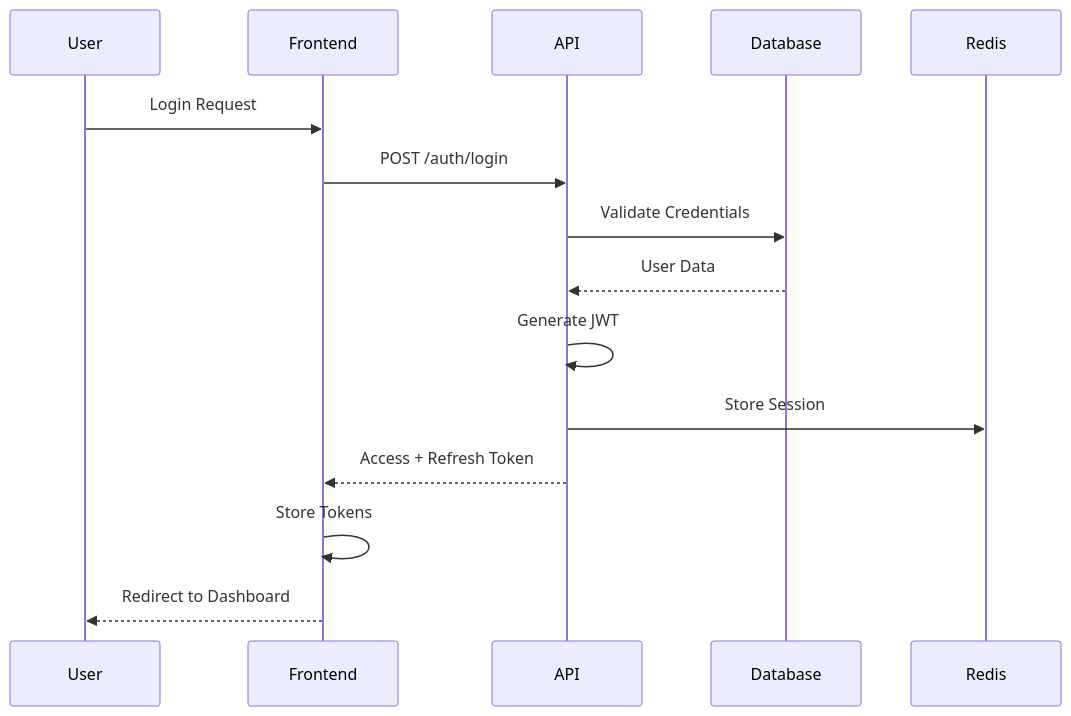
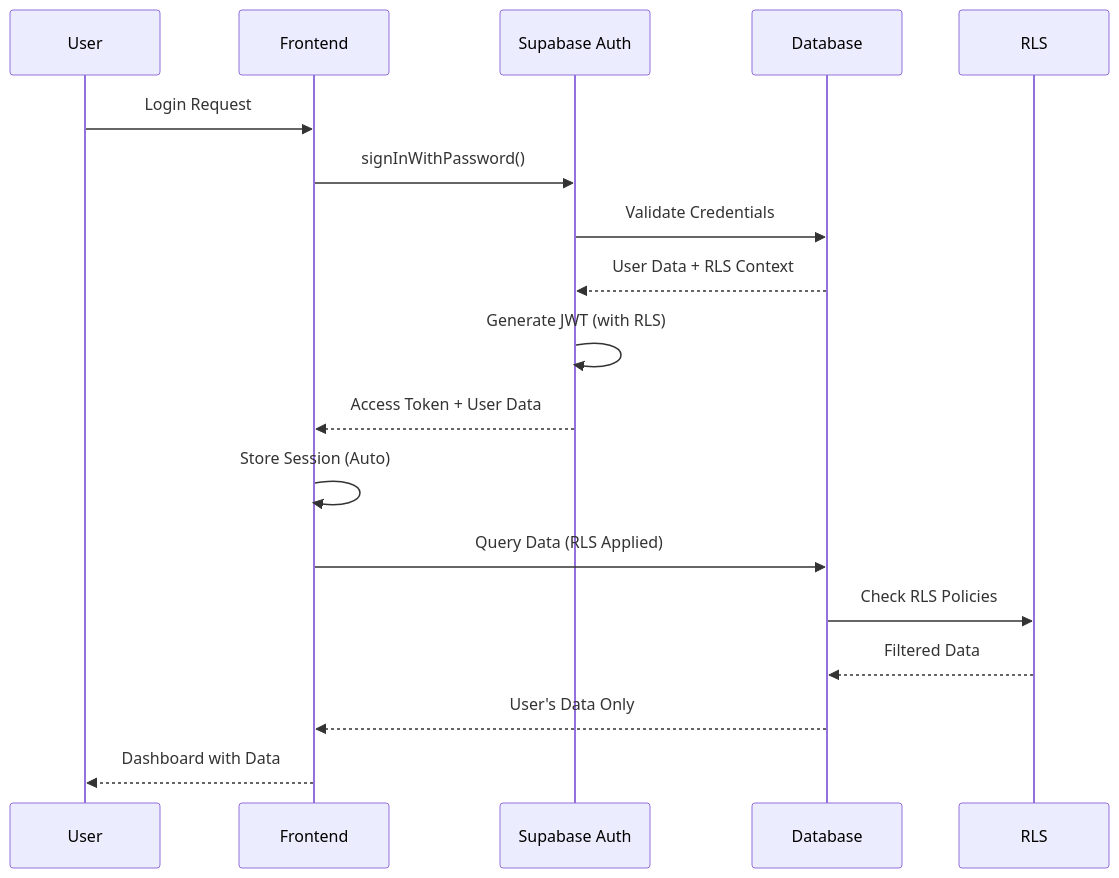
Before and after one commit to obenmaha/revia: the third of 11 diagrams in docs/architecture-diagrams.md, drawn with Mermaid. The commit also changed other lines of this file and 166 other files, not shown here.

First line of the commit message:
feat: Migration complète vers architecture serverless avec Supabase

````diff
--- a/docs/architecture-diagrams.md
+++ b/docs/architecture-diagrams.md
@@ -86,18 +105,21 @@
 ```mermaid
 sequenceDiagram
     participant U as User
     participant F as Frontend
-    participant A as API
+    participant S as Supabase Auth
     participant D as Database
-    participant R as Redis
+    participant R as RLS
 
     U->>F: Login Request
-    F->>A: POST /auth/login
-    A->>D: Validate Credentials
-    D-->>A: User Data
-    A->>A: Generate JWT
-    A->>R: Store Session
-    A-->>F: Access + Refresh Token
-    F->>F: Store Tokens
-    F-->>U: Redirect to Dashboard
+    F->>S: signInWithPassword()
+    S->>D: Validate Credentials
+    D-->>S: User Data + RLS Context
+    S->>S: Generate JWT (with RLS)
+    S-->>F: Access Token + User Data
+    F->>F: Store Session (Auto)
+    F->>D: Query Data (RLS Applied)
+    D->>R: Check RLS Policies
+    R-->>D: Filtered Data
+    D-->>F: User's Data Only
+    F-->>U: Dashboard with Data
 ```
````
